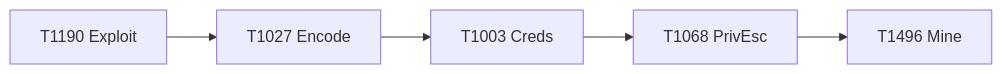
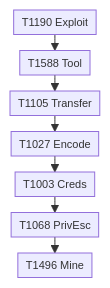
The first of 3 diagrams in presentation/slides.md (c2dc/sticks), drawn with Mermaid before and after one commit. The commit also changed other lines of this file and 3 other files, not shown here.

````diff
--- a/presentation/slides.md
+++ b/presentation/slides.md
@@ -1064,4 +1036,5 @@
 ```mermaid
-flowchart LR
-  A["T1190 Exploit"] --> B["T1027 Encode"] --> C["T1003 Creds"] --> D["T1068 PrivEsc"] --> E["T1496 Mine"]
+%%{init: {"flowchart": {"nodeSpacing": 14, "rankSpacing": 16, "padding": 4}, "themeVariables": {"fontSize": "11px"}}}%%
+flowchart TB
+  A["T1190 Exploit"] --> F["T1588 Tool"] --> G["T1105 Transfer"] --> B["T1027 Encode"] --> C["T1003 Creds"] --> D["T1068 PrivEsc"] --> E["T1496 Mine"]
 ```
````
